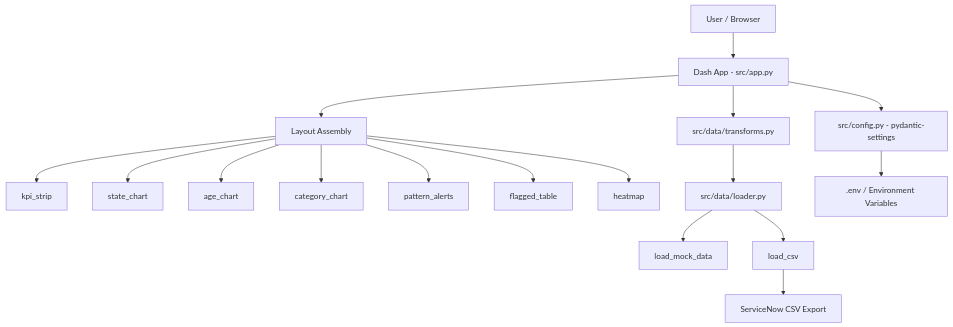
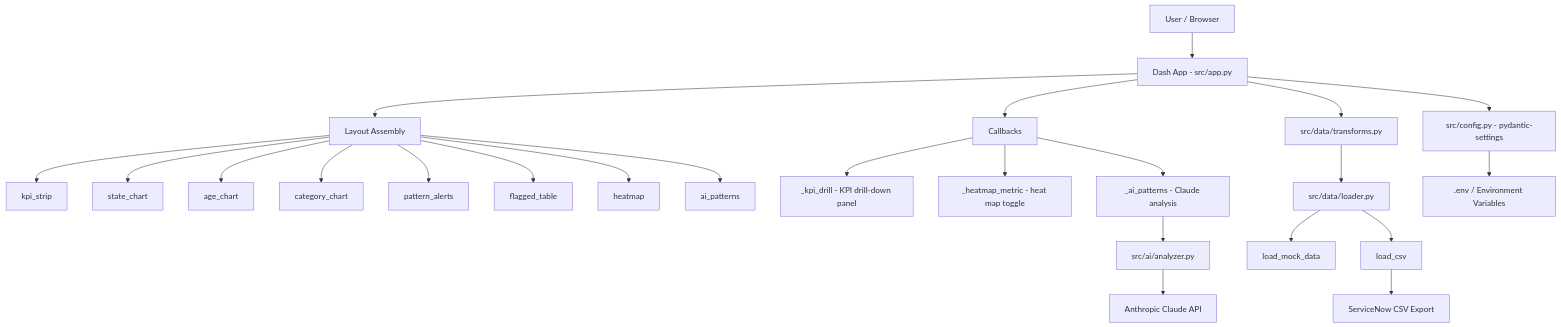
One commit to ramonbnuezjr/ticket_dashboard changed the diagram in .cursor/architecture.md. Above: the diagram before and after it, drawn with Mermaid. The commit also changed other lines of this file and 8 other files, not shown here.

````diff
--- a/.cursor/architecture.md
+++ b/.cursor/architecture.md
@@ -15,19 +15,26 @@
 ```mermaid
 graph TD
     User[User / Browser] --> DashApp[Dash App - src/app.py]
     DashApp --> Layout[Layout Assembly]
     Layout --> KPI[kpi_strip]
     Layout --> StateChart[state_chart]
     Layout --> AgeChart[age_chart]
     Layout --> CatChart[category_chart]
     Layout --> Alerts[pattern_alerts]
     Layout --> FlaggedTbl[flagged_table]
     Layout --> Heatmap[heatmap]
+    Layout --> AiSection[ai_patterns]
+    DashApp --> Callbacks[Callbacks]
+    Callbacks --> DrillDown[_kpi_drill - KPI drill-down panel]
+    Callbacks --> HeatmapToggle[_heatmap_metric - heat map toggle]
+    Callbacks --> AiPatterns[_ai_patterns - Claude analysis]
+    AiPatterns --> Analyzer[src/ai/analyzer.py]
+    Analyzer --> Claude[Anthropic Claude API]
     DashApp --> Transforms[src/data/transforms.py]
     Transforms --> Loader[src/data/loader.py]
     Loader --> MockData[load_mock_data]
     Loader --> CSV[load_csv]
     CSV --> CSVFile[ServiceNow CSV Export]
     DashApp --> Config[src/config.py - pydantic-settings]
     Config --> Env[.env / Environment Variables]
 ```
````
